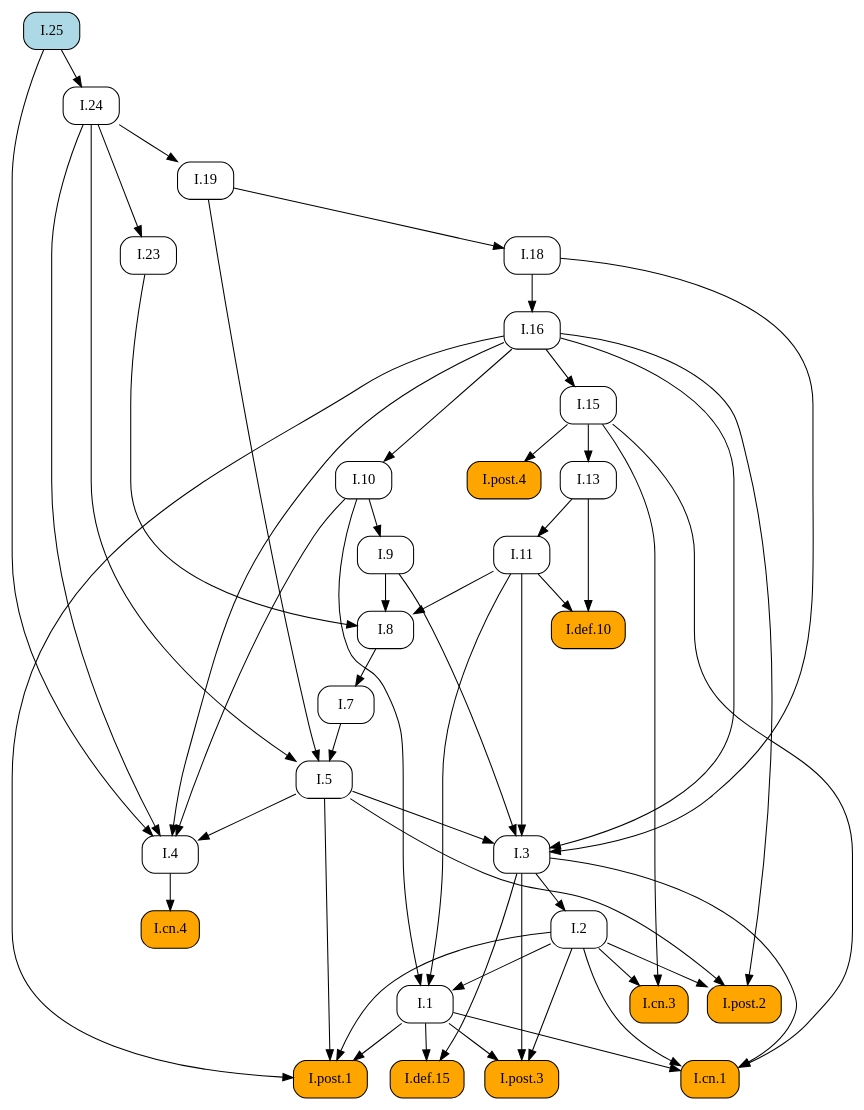
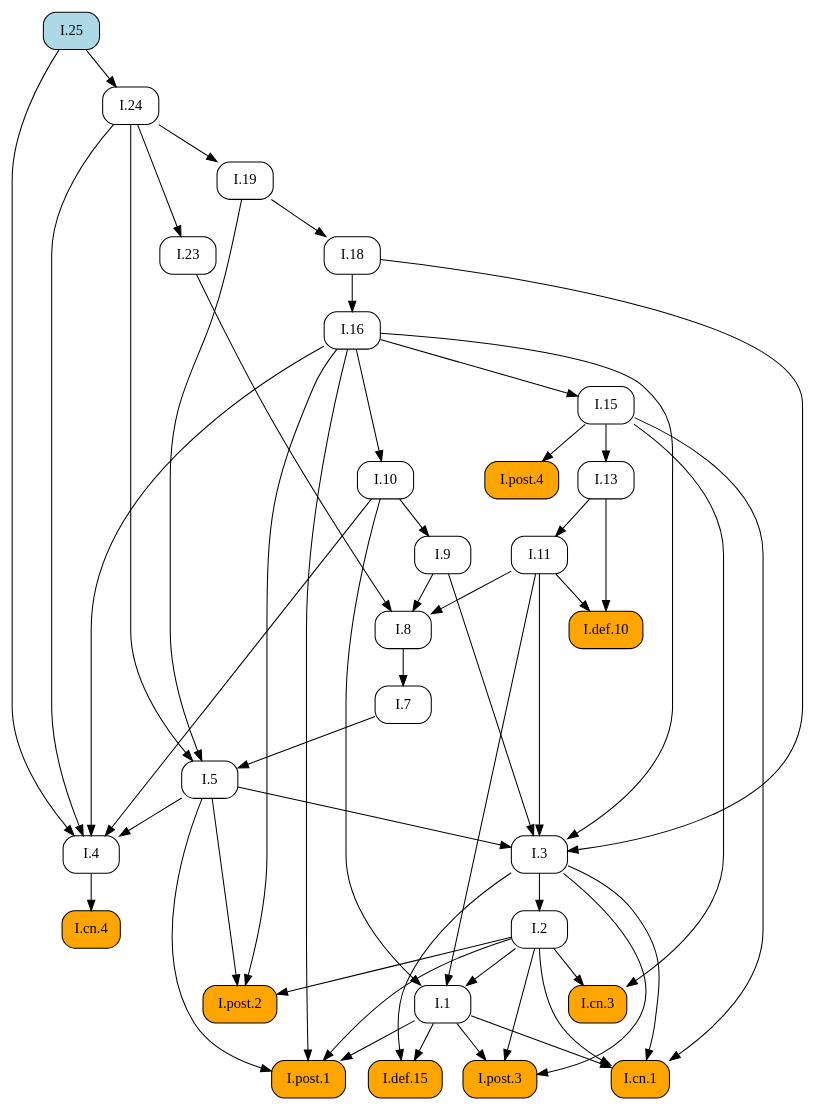
The diagram in docsrc/heath/I/25/index.rst (geometor/elements), drawn with Graphviz before and after one commit. The commit also changed other lines of this file and 484 other files, not shown here.

```diff
--- a/docsrc/heath/I/25/index.rst
+++ b/docsrc/heath/I/25/index.rst
@@ -45,84 +45,84 @@
    digraph {
      rankdir="TB";
      node [shape=box, style=rounded];
-     "I.def.10" [style="rounded,filled", fillcolor=orange, URL="/heath/I/def.10/", target="_top"];
-     "I.11" [URL="/heath/I/11/", target="_top"];
-     "I.post.4" [style="rounded,filled", fillcolor=orange, URL="/heath/I/post.4/", target="_top"];
-     "I.1" [URL="/heath/I/1/", target="_top"];
-     "I.7" [URL="/heath/I/7/", target="_top"];
-     "I.3" [URL="/heath/I/3/", target="_top"];
-     "I.24" [URL="/heath/I/24/", target="_top"];
-     "I.2" [URL="/heath/I/2/", target="_top"];
-     "I.4" [URL="/heath/I/4/", target="_top"];
-     "I.13" [URL="/heath/I/13/", target="_top"];
-     "I.post.2" [style="rounded,filled", fillcolor=orange, URL="/heath/I/post.2/", target="_top"];
-     "I.18" [URL="/heath/I/18/", target="_top"];
-     "I.16" [URL="/heath/I/16/", target="_top"];
-     "I.def.15" [style="rounded,filled", fillcolor=orange, URL="/heath/I/def.15/", target="_top"];
-     "I.19" [URL="/heath/I/19/", target="_top"];
-     "I.post.3" [style="rounded,filled", fillcolor=orange, URL="/heath/I/post.3/", target="_top"];
+     "I.23" [URL="/heath/I/23/", target="_top"];
      "I.9" [URL="/heath/I/9/", target="_top"];
      "I.cn.1" [style="rounded,filled", fillcolor=orange, URL="/heath/I/cn.1/", target="_top"];
+     "I.7" [URL="/heath/I/7/", target="_top"];
+     "I.2" [URL="/heath/I/2/", target="_top"];
+     "I.def.15" [style="rounded,filled", fillcolor=orange, URL="/heath/I/def.15/", target="_top"];
+     "I.25" [style="rounded,filled", fillcolor=lightblue, URL="/heath/I/25/", target="_top"];
+     "I.13" [URL="/heath/I/13/", target="_top"];
+     "I.post.4" [style="rounded,filled", fillcolor=orange, URL="/heath/I/post.4/", target="_top"];
+     "I.4" [URL="/heath/I/4/", target="_top"];
+     "I.1" [URL="/heath/I/1/", target="_top"];
+     "I.post.3" [style="rounded,filled", fillcolor=orange, URL="/heath/I/post.3/", target="_top"];
+     "I.post.1" [style="rounded,filled", fillcolor=orange, URL="/heath/I/post.1/", target="_top"];
+     "I.5" [URL="/heath/I/5/", target="_top"];
+     "I.19" [URL="/heath/I/19/", target="_top"];
+     "I.8" [URL="/heath/I/8/", target="_top"];
      "I.cn.3" [style="rounded,filled", fillcolor=orange, URL="/heath/I/cn.3/", target="_top"];
-     "I.8" [URL="/heath/I/8/", target="_top"];
+     "I.16" [URL="/heath/I/16/", target="_top"];
+     "I.def.10" [style="rounded,filled", fillcolor=orange, URL="/heath/I/def.10/", target="_top"];
+     "I.18" [URL="/heath/I/18/", target="_top"];
+     "I.15" [URL="/heath/I/15/", target="_top"];
+     "I.10" [URL="/heath/I/10/", target="_top"];
+     "I.11" [URL="/heath/I/11/", target="_top"];
      "I.cn.4" [style="rounded,filled", fillcolor=orange, URL="/heath/I/cn.4/", target="_top"];
-     "I.25" [style="rounded,filled", fillcolor=lightblue, URL="/heath/I/25/", target="_top"];
-     "I.23" [URL="/heath/I/23/", target="_top"];
-     "I.15" [URL="/heath/I/15/", target="_top"];
-     "I.post.1" [style="rounded,filled", fillcolor=orange, URL="/heath/I/post.1/", target="_top"];
-     "I.10" [URL="/heath/I/10/", target="_top"];
-     "I.5" [URL="/heath/I/5/", target="_top"];
-     "I.11" -> "I.def.10";
-     "I.13" -> "I.def.10";
-     "I.13" -> "I.11";
+     "I.post.2" [style="rounded,filled", fillcolor=orange, URL="/heath/I/post.2/", target="_top"];
+     "I.24" [URL="/heath/I/24/", target="_top"];
+     "I.3" [URL="/heath/I/3/", target="_top"];
+     "I.24" -> "I.23";
+     "I.10" -> "I.9";
+     "I.1" -> "I.cn.1";
+     "I.2" -> "I.cn.1";
+     "I.3" -> "I.cn.1";
+     "I.15" -> "I.cn.1";
+     "I.8" -> "I.7";
+     "I.3" -> "I.2";
+     "I.1" -> "I.def.15";
+     "I.3" -> "I.def.15";
+     "I.15" -> "I.13";
      "I.15" -> "I.post.4";
+     "I.5" -> "I.4";
+     "I.10" -> "I.4";
+     "I.16" -> "I.4";
+     "I.24" -> "I.4";
+     "I.25" -> "I.4";
      "I.2" -> "I.1";
      "I.10" -> "I.1";
      "I.11" -> "I.1";
-     "I.8" -> "I.7";
+     "I.1" -> "I.post.3";
+     "I.2" -> "I.post.3";
+     "I.3" -> "I.post.3";
+     "I.1" -> "I.post.1";
+     "I.2" -> "I.post.1";
+     "I.5" -> "I.post.1";
+     "I.16" -> "I.post.1";
+     "I.7" -> "I.5";
+     "I.19" -> "I.5";
+     "I.24" -> "I.5";
+     "I.24" -> "I.19";
+     "I.9" -> "I.8";
+     "I.11" -> "I.8";
+     "I.23" -> "I.8";
+     "I.2" -> "I.cn.3";
+     "I.15" -> "I.cn.3";
+     "I.18" -> "I.16";
+     "I.11" -> "I.def.10";
+     "I.13" -> "I.def.10";
+     "I.19" -> "I.18";
+     "I.16" -> "I.15";
+     "I.16" -> "I.10";
+     "I.13" -> "I.11";
+     "I.4" -> "I.cn.4";
+     "I.2" -> "I.post.2";
+     "I.5" -> "I.post.2";
+     "I.16" -> "I.post.2";
+     "I.25" -> "I.24";
      "I.5" -> "I.3";
      "I.9" -> "I.3";
      "I.11" -> "I.3";
      "I.16" -> "I.3";
      "I.18" -> "I.3";
-     "I.25" -> "I.24";
-     "I.3" -> "I.2";
-     "I.5" -> "I.4";
-     "I.10" -> "I.4";
-     "I.16" -> "I.4";
-     "I.24" -> "I.4";
-     "I.25" -> "I.4";
-     "I.15" -> "I.13";
-     "I.2" -> "I.post.2";
-     "I.5" -> "I.post.2";
-     "I.16" -> "I.post.2";
-     "I.19" -> "I.18";
-     "I.18" -> "I.16";
-     "I.1" -> "I.def.15";
-     "I.3" -> "I.def.15";
-     "I.24" -> "I.19";
-     "I.1" -> "I.post.3";
-     "I.2" -> "I.post.3";
-     "I.3" -> "I.post.3";
-     "I.10" -> "I.9";
-     "I.1" -> "I.cn.1";
-     "I.2" -> "I.cn.1";
-     "I.3" -> "I.cn.1";
-     "I.15" -> "I.cn.1";
-     "I.2" -> "I.cn.3";
-     "I.15" -> "I.cn.3";
-     "I.9" -> "I.8";
-     "I.11" -> "I.8";
-     "I.23" -> "I.8";
-     "I.4" -> "I.cn.4";
-     "I.24" -> "I.23";
-     "I.16" -> "I.15";
-     "I.1" -> "I.post.1";
-     "I.2" -> "I.post.1";
-     "I.5" -> "I.post.1";
-     "I.16" -> "I.post.1";
-     "I.16" -> "I.10";
-     "I.7" -> "I.5";
-     "I.19" -> "I.5";
-     "I.24" -> "I.5";
    }
```
